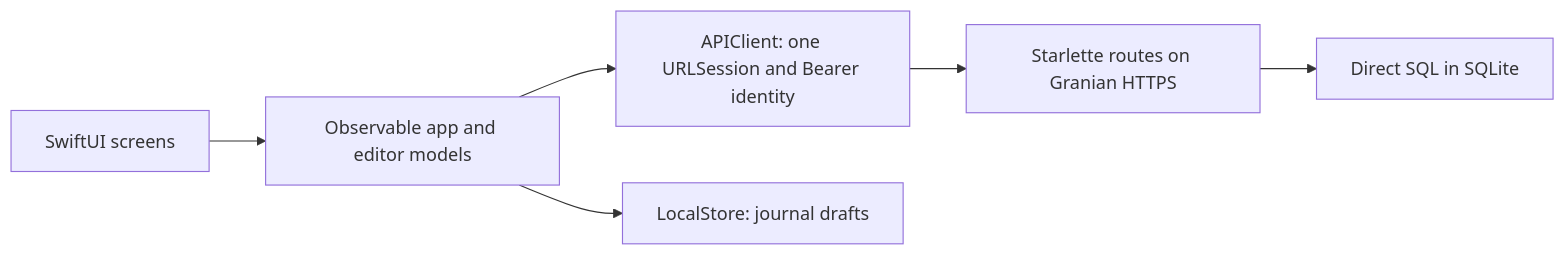
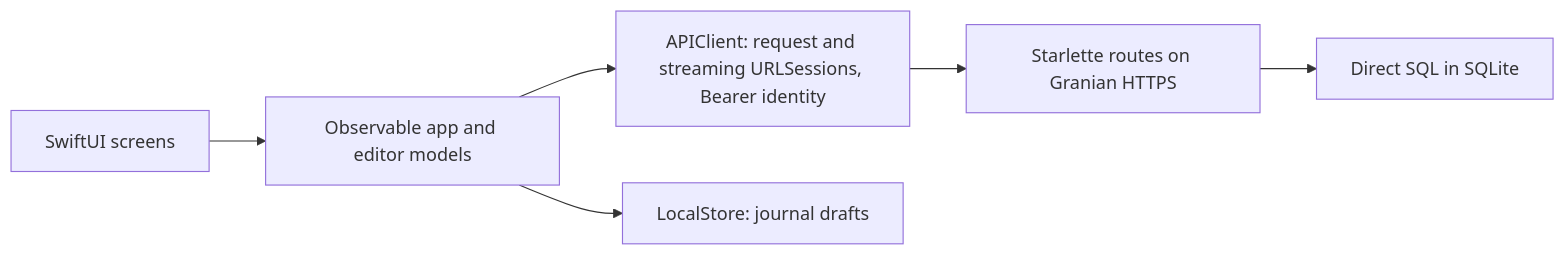
One commit to ShuttleCode-DreamLog/ShuttleCode changed the diagram in docs/Architecture.md. Above: the diagram before and after it, drawn with Mermaid. The commit also changed 3 other files, not shown here.

First line of the commit message:
Keep discussion code out of analysis.py and APIClient's existing request path

````diff
--- a/docs/Architecture.md
+++ b/docs/Architecture.md
@@ -5,8 +5,8 @@
 ```mermaid
 flowchart LR
     V[SwiftUI screens] --> M[Observable app and editor models]
-    M --> C[APIClient: one URLSession and Bearer identity]
+    M --> C[APIClient: request and streaming URLSessions, Bearer identity]
     C --> R[Starlette routes on Granian HTTPS]
     R --> S[Direct SQL in SQLite]
     M --> L[LocalStore: journal drafts]
 ```
````
